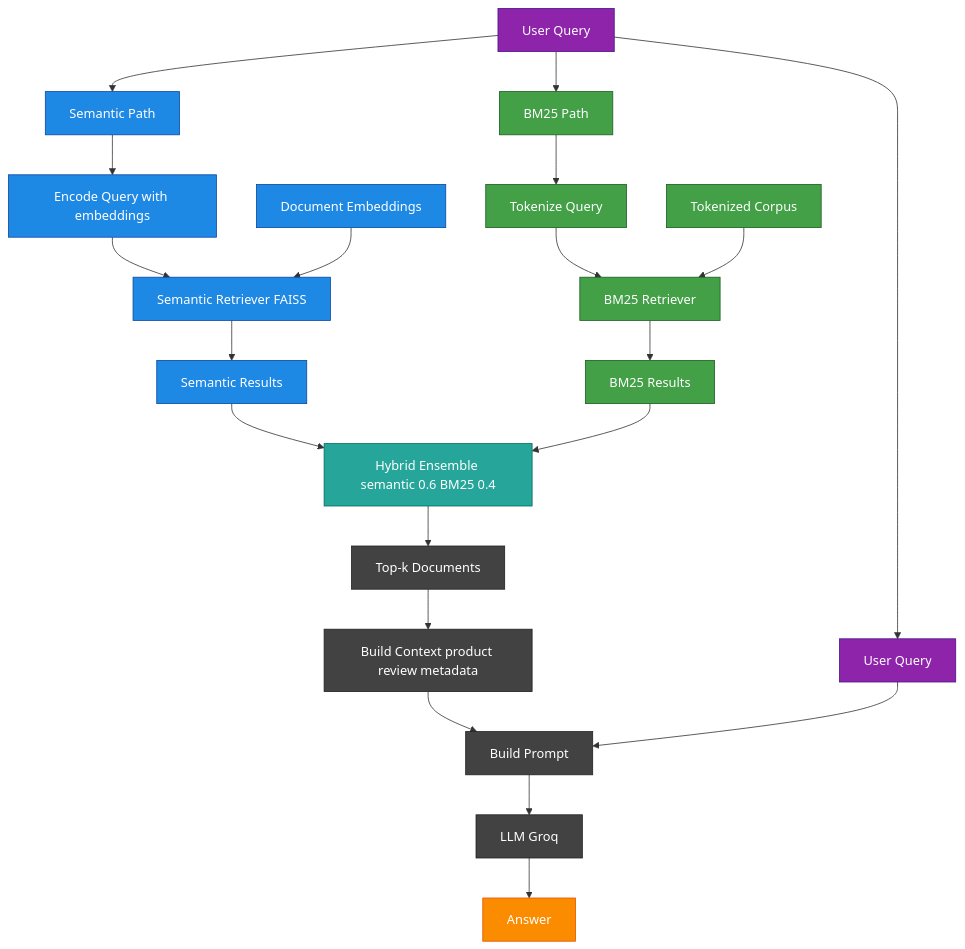
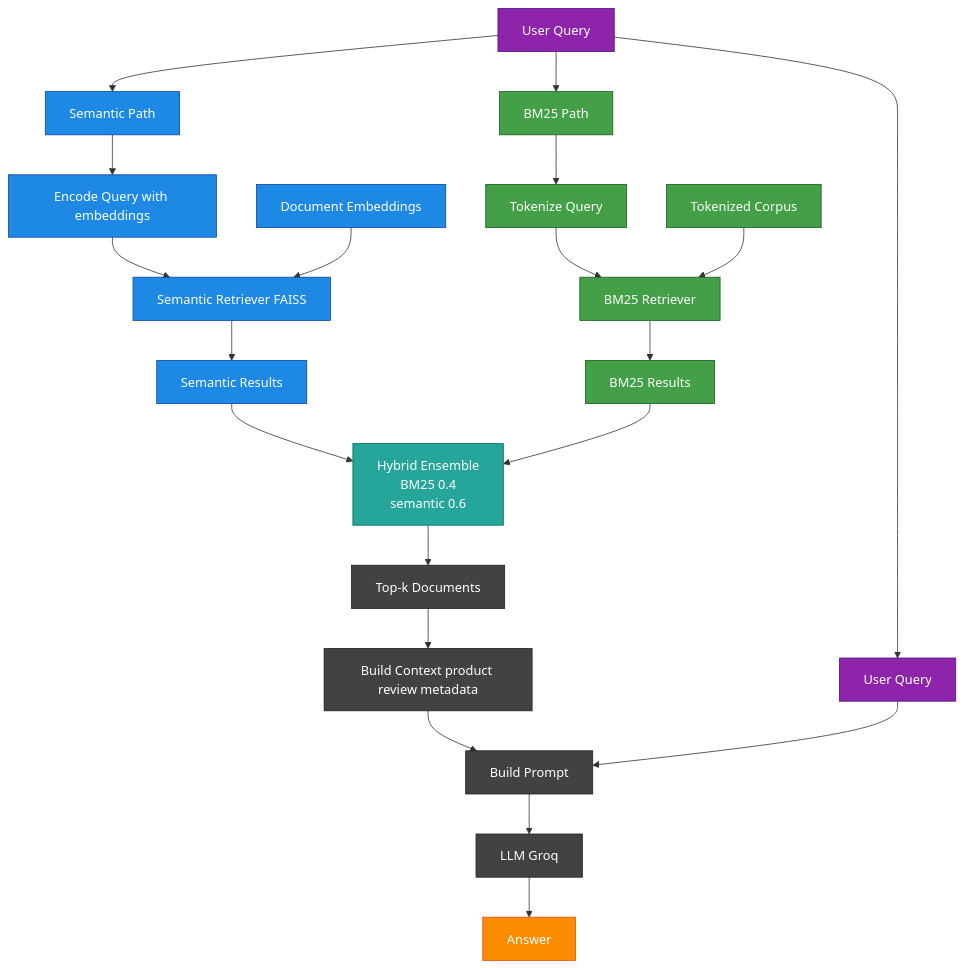
Before and after one commit to UBC-MDS-2025-26/DSCI_575_project_saunde95_sashasph: the diagram in README.md, drawn with Mermaid. The commit also changed other lines of this file, not shown here.

````diff
--- a/README.md
+++ b/README.md
@@ -205,43 +205,43 @@
 ```mermaid
 flowchart TD
 
     A[User Query] --> B1[Semantic Path]
     A --> B2[BM25 Path]
 
     B1 --> C1[Encode Query with embeddings]
     C1 --> D1[Semantic Retriever FAISS]
     KB1[Document Embeddings] --> D1
     D1 --> E1[Semantic Results]
 
     B2 --> C2[Tokenize Query]
     C2 --> D2[BM25 Retriever]
     KB2[Tokenized Corpus] --> D2
     D2 --> E2[BM25 Results]
 
-    E1 --> F[Hybrid Ensemble semantic 0.6 BM25 0.4]
+    E1 --> F["Hybrid Ensemble<br>BM25 0.4<br>semantic 0.6"]
     E2 --> F
 
     F --> G[Top-k Documents]
     G --> H[Build Context product review metadata]
 
     A --> I[User Query]
     H --> J[Build Prompt]
     I --> J
 
     J --> K[LLM Groq]
     K --> L[Answer]
 
     classDef semantic fill:#1E88E5,stroke:#0D47A1,color:#fff;
     classDef bm25 fill:#43A047,stroke:#1B5E20,color:#fff;
     classDef hybrid fill:#26A69A,stroke:#00695C,color:#fff;
     classDef shared fill:#424242,stroke:#212121,color:#fff;
     classDef output fill:#FB8C00,stroke:#E65100,color:#fff;
     classDef query fill:#8E24AA,stroke:#4A148C,color:#fff;
 
     class B1,C1,D1,KB1,E1 semantic;
     class B2,C2,D2,KB2,E2 bm25;
     class F hybrid;
     class G,H,J,K shared;
     class L output;
     class A,I query;
 ```
````
